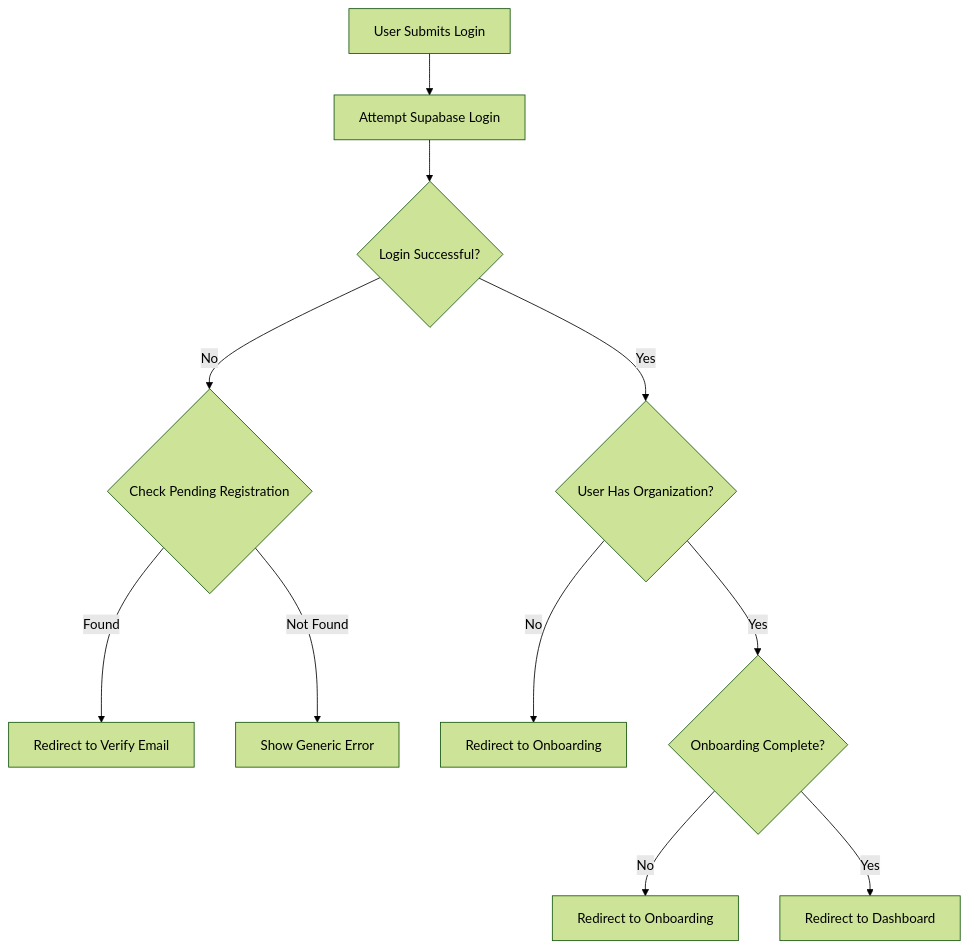
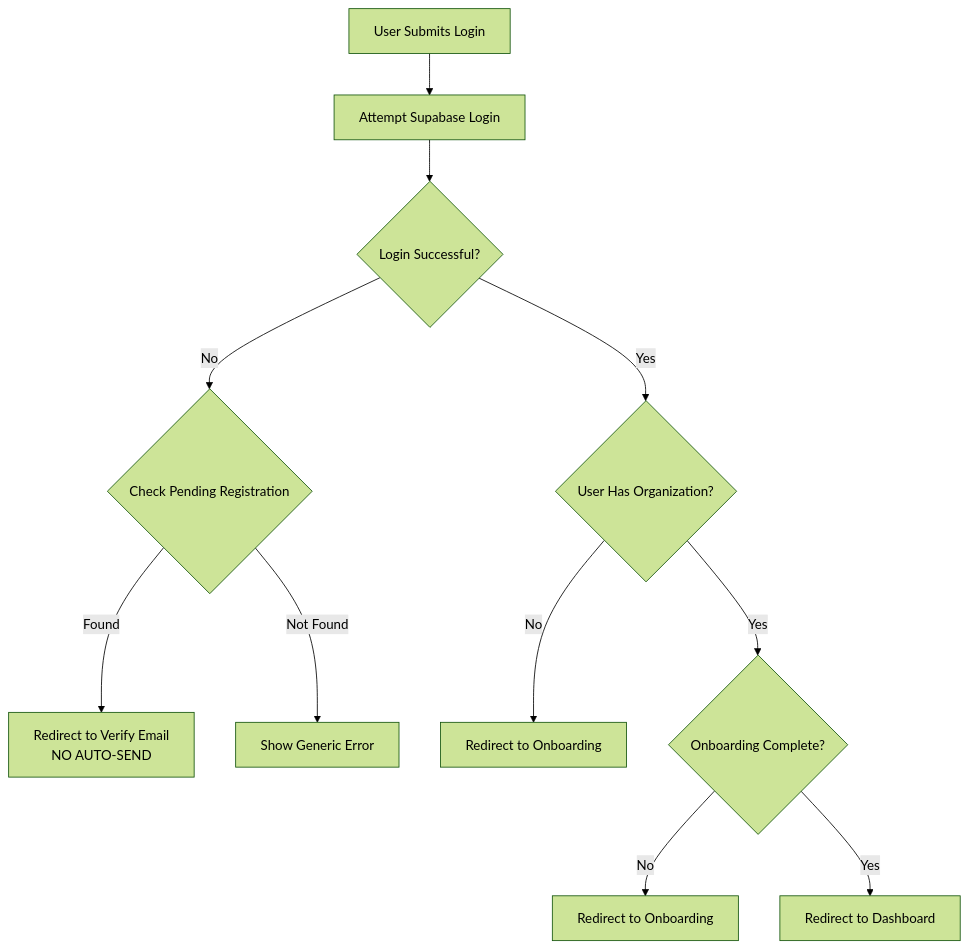
Before and after one commit to Maxapp-ZRH/PayMatch: the second of 4 diagrams in docs/authentication.md, drawn with Mermaid (forest theme). The commit also changed other lines of this file and 17 other files, not shown here.

First line of the commit message:
fix: resolve duplicate email sending and improve verify-email UX

````diff
--- a/docs/authentication.md
+++ b/docs/authentication.md
@@ -100,13 +108,13 @@
 ```mermaid
 graph TD
     A[User Submits Login] --> B[Attempt Supabase Login]
     B --> C{Login Successful?}
     C -->|No| D{Check Pending Registration}
-    D -->|Found| E[Redirect to Verify Email]
+    D -->|Found| E[Redirect to Verify Email<br/>NO AUTO-SEND]
     D -->|Not Found| F[Show Generic Error]
     C -->|Yes| G{User Has Organization?}
     G -->|No| H[Redirect to Onboarding]
     G -->|Yes| I{Onboarding Complete?}
     I -->|No| J[Redirect to Onboarding]
     I -->|Yes| K[Redirect to Dashboard]
 ```
````
